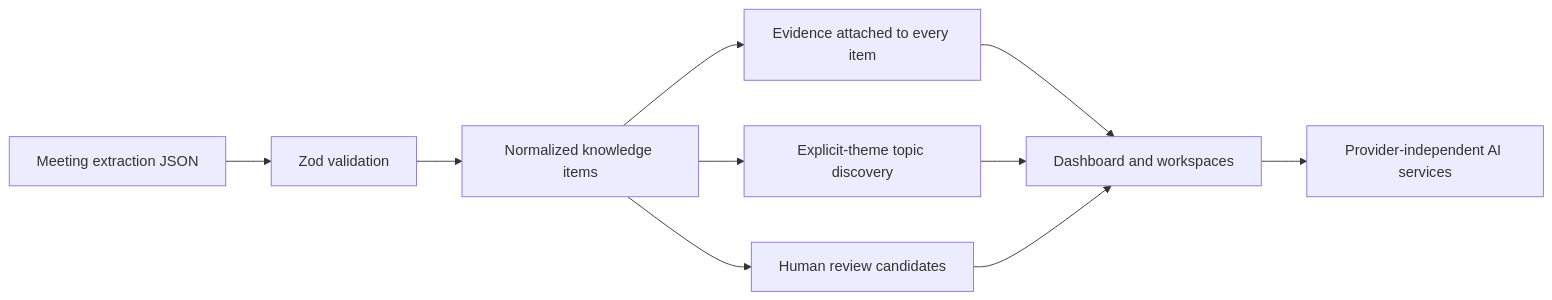
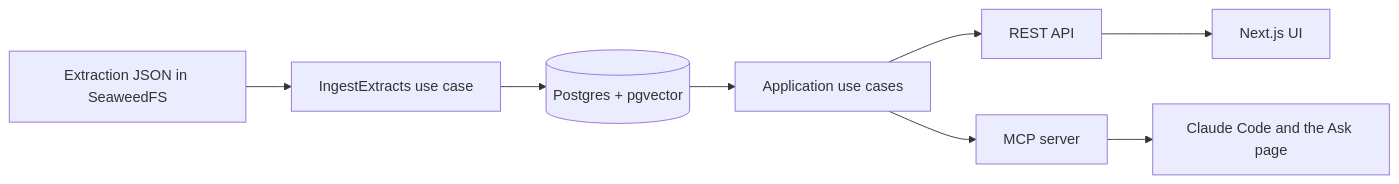
One commit to manysc/second-brain changed the diagram in README.md. Above: the diagram before and after it, drawn with Mermaid. The commit also changed other lines of this file and 4 other files, not shown here.

First line of the commit message:
docs: describe the layered architecture as built

````diff
--- a/README.md
+++ b/README.md
@@ -191,12 +192,10 @@
 ```mermaid
 flowchart LR
-  JSON[Meeting extraction JSON] --> Validate[Zod validation]
-  Validate --> Normalize[Normalized knowledge items]
-  Normalize --> Evidence[Evidence attached to every item]
-  Normalize --> Topics[Explicit-theme topic discovery]
-  Normalize --> Review[Human review candidates]
-  Evidence --> Views[Dashboard and workspaces]
-  Topics --> Views
-  Review --> Views
-  Views --> FutureAI[Provider-independent AI services]
+  S3[Extraction JSON in SeaweedFS] --> Ingest[IngestExtracts use case]
+  Ingest --> PG[(Postgres + pgvector)]
+  PG --> UC[Application use cases]
+  UC --> REST[REST API]
+  UC --> MCP[MCP server]
+  REST --> UI[Next.js UI]
+  MCP --> Claude[Claude Code and the Ask page]
 ```
````
